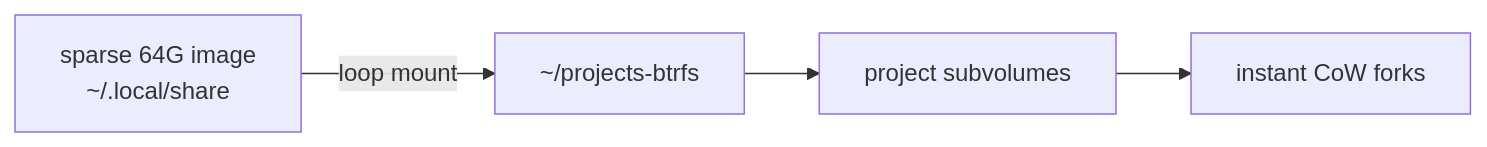
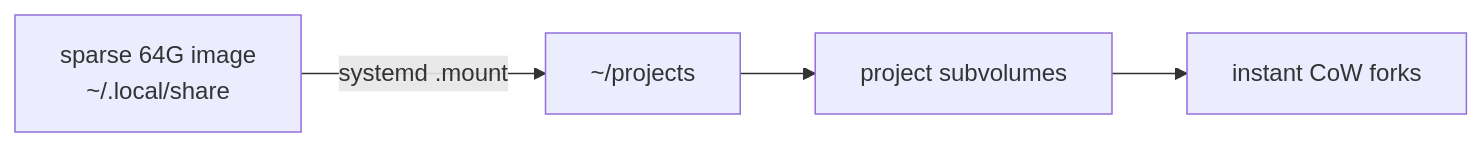
One commit to OffworldNexus/slipfork changed the second of 2 diagrams in docs/install.md. Above: the diagram before and after it, drawn with Mermaid. The commit also changed other lines of this file and 6 other files, not shown here.

Commit message:
[M3.50.5] Docs: systemd .mount workspace-image persistence (fstab aside)

````diff
--- a/docs/install.md
+++ b/docs/install.md
@@ -104,6 +136,6 @@
 ```mermaid
 flowchart LR
-  Img["sparse 64G image\n~/.local/share"] -->|"loop mount"| Mnt["~/projects-btrfs"]
+  Img["sparse 64G image\n~/.local/share"] -->|"systemd .mount"| Mnt["~/projects"]
   Mnt --> Sub["project subvolumes"]
   Sub --> Fork["instant CoW forks"]
 ```
````
